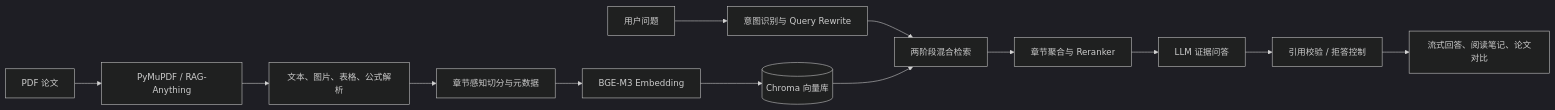
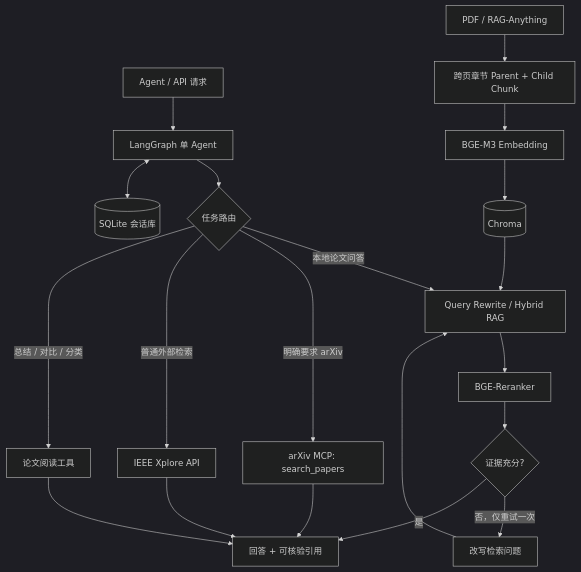
One commit to sanchuanmingyue/RAG changed the diagram in README.md. Above: the diagram before and after it, drawn with Mermaid (dark theme). The commit also changed other lines of this file and 43 other files, not shown here.

````diff
--- a/README.md
+++ b/README.md
@@ -15,15 +15,22 @@
 ```mermaid
-flowchart LR
-    A[PDF 论文] --> B[PyMuPDF / RAG-Anything]
-    B --> C[文本、图片、表格、公式解析]
-    C --> D[章节感知切分与元数据]
-    D --> E[BGE-M3 Embedding]
-    E --> F[(Chroma 向量库)]
-    U[用户问题] --> G[意图识别与 Query Rewrite]
-    G --> H[两阶段混合检索]
-    F --> H
-    H --> I[章节聚合与 Reranker]
-    I --> J[LLM 证据问答]
-    J --> K[引用校验 / 拒答控制]
-    K --> L[流式回答、阅读笔记、论文对比]
+flowchart TD
+    U[Agent / API 请求] --> A[LangGraph 单 Agent]
+    A --> R{任务路由}
+    R -->|本地论文问答| Q[Query Rewrite / Hybrid RAG]
+    R -->|明确要求 arXiv| X[arXiv MCP: search_papers]
+    R -->|普通外部检索| I[IEEE Xplore API]
+    R -->|总结 / 对比 / 分类| T[论文阅读工具]
+    P[PDF / RAG-Anything] --> C[跨页章节 Parent + Child Chunk]
+    C --> E[BGE-M3 Embedding]
+    E --> V[(Chroma)]
+    V --> Q
+    Q --> B[BGE-Reranker]
+    B --> G{证据充分?}
+    G -->|否，仅重试一次| W[改写检索问题]
+    W --> Q
+    G -->|是| O[回答 + 可核验引用]
+    X --> O
+    I --> O
+    T --> O
+    A <--> S[(SQLite 会话库)]
 ```
````
